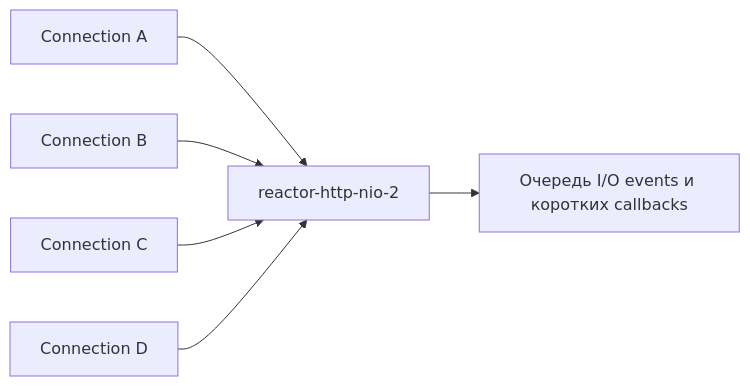
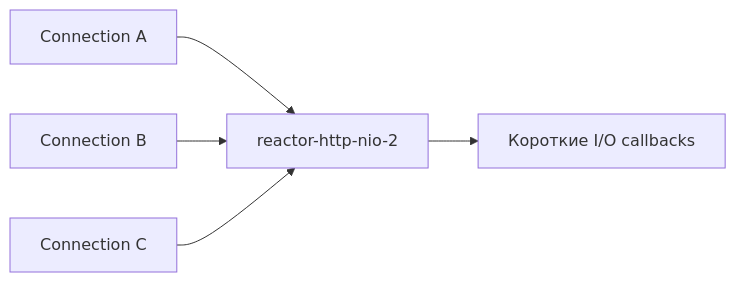
One commit to omarakkulov/reactive-learning changed the first of 5 diagrams in src/main/java/com/akkulov/reactive_learning/modules/V6_threads_schedulers_practice/full-plan.md. Above: the diagram before and after it, drawn with Mermaid. The commit also changed other lines of this file and 4 other files, not shown here.

````diff
--- a/src/main/java/com/akkulov/reactive_learning/modules/V6_threads_schedulers_practice/full-plan.md
+++ b/src/main/java/com/akkulov/reactive_learning/modules/V6_threads_schedulers_practice/full-plan.md
@@ -89,8 +41,7 @@
 ```mermaid
 flowchart LR
-    C1["Connection A"] --> EL["reactor-http-nio-2"]
-    C2["Connection B"] --> EL
-    C3["Connection C"] --> EL
-    C4["Connection D"] --> EL
-    EL --> Q["Очередь I/O events и коротких callbacks"]
+    A["Connection A"] --> EL["reactor-http-nio-2"]
+    B["Connection B"] --> EL
+    C["Connection C"] --> EL
+    EL --> Q["Короткие I/O callbacks"]
 ```
````
